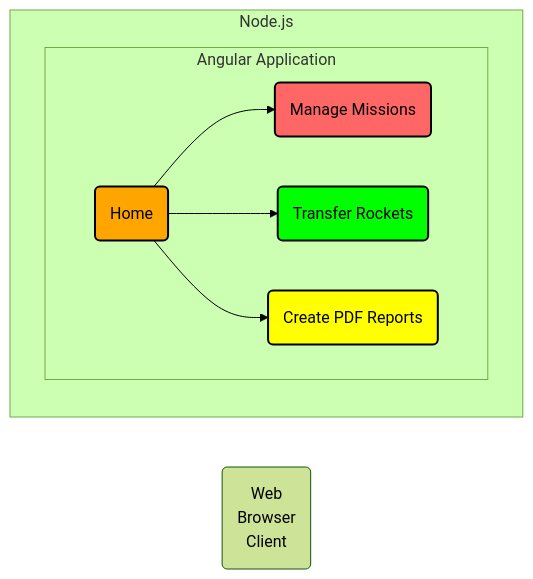
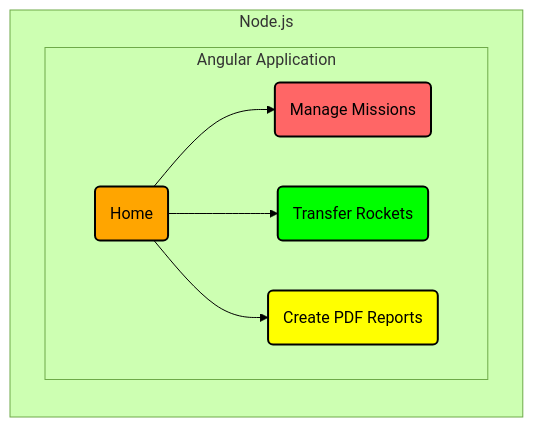
One commit to Ee-Cs/RecruitmentTaskS2 changed the first of 3 diagrams in docs/README.md. Above: the diagram before and after it, drawn with Mermaid (forest theme). The commit also changed other lines of this file and 1 other file, not shown here.

````diff
--- a/docs/README.md
+++ b/docs/README.md
@@ -49,21 +9,20 @@
 ```mermaid
 flowchart LR
   HOME(Home):::orangeBox
   MNG_MIS(Manage Missions):::redBox
   TRA_ROC(Transfer Rockets):::greenBox
   PDF(Create PDF Reports):::yellowBox
-  WBC("Web<br>Browser<br>Client")
 %% Flows
   subgraph Node.js
     subgraph "Angular Application"
       HOME --> MNG_MIS
       HOME --> TRA_ROC
       HOME --> PDF
     end
   end
 %% Style Definitions
   classDef redBox fill: #ff6666, stroke: #000, stroke-width: 2px
   classDef greenBox fill: #00ff00, stroke: #000, stroke-width: 2px
   classDef yellowBox fill: #ffff00, stroke: #000, stroke-width: 2px
   classDef orangeBox  fill: #ffa500,stroke: #000, stroke-width:2px
 ```
````
